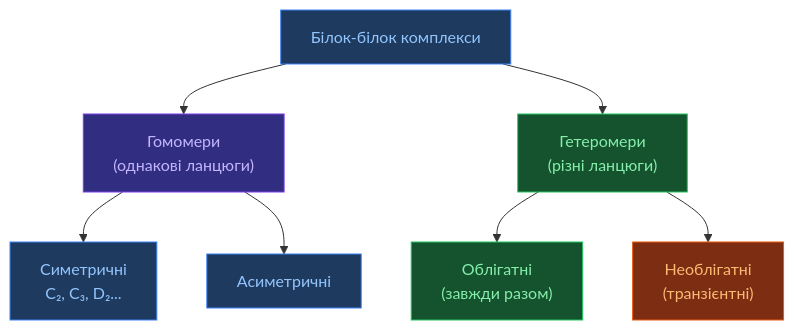
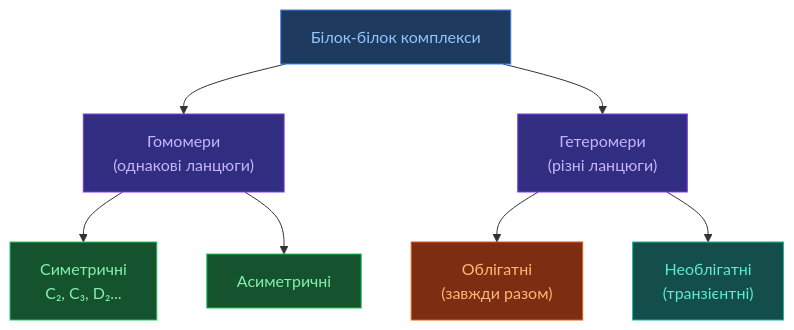
One commit to OlehVolkov/AlphaFold3-AIGen-KnowledgeBase changed the second of 2 diagrams in UA/2. Концепції/2.1. Біологія/2.1.2. Білок-білок взаємодії.md. Above: the diagram before and after it, drawn with Mermaid. The commit also changed other lines of this file and 11 other files, not shown here.

````diff
--- a/UA/2. Концепції/2.1. Біологія/2.1.2. Білок-білок взаємодії.md
+++ b/UA/2. Концепції/2.1. Біологія/2.1.2. Білок-білок взаємодії.md
@@ -50,22 +50,21 @@
 ```mermaid
 flowchart TD
-    PPI["Білок-білок комплекси"]:::root
-    HOM["Гомомери<br/>(однакові ланцюги)"]:::hom
-    HET["Гетеромери<br/>(різні ланцюги)"]:::het
-    SYM["Симетричні<br/>C₂, C₃, D₂..."]:::sym
-    ASYM["Асиметричні"]:::asym
-    OBL["Облігатні<br/>(завжди разом)"]:::obl
-    NON["Необлігатні<br/>(транзієнтні)"]:::non
+    PPI["Білок-білок комплекси"]:::input
+    HOM["Гомомери<br/>(однакові ланцюги)"]:::trunk
+    HET["Гетеромери<br/>(різні ланцюги)"]:::trunk
+    SYM["Симетричні<br/>C₂, C₃, D₂..."]:::diffusion
+    ASYM["Асиметричні"]:::diffusion
+    OBL["Облігатні<br/>(завжди разом)"]:::confidence
+    NON["Необлігатні<br/>(транзієнтні)"]:::output
 
     PPI --> HOM & HET
     HOM --> SYM & ASYM
     HET --> OBL & NON
 
-    classDef root fill:#1e3a5f,stroke:#3b82f6,color:#93c5fd
-    classDef hom  fill:#312e81,stroke:#7c3aed,color:#c4b5fd
-    classDef het  fill:#14532d,stroke:#22c55e,color:#86efac
-    classDef sym  fill:#1e3a5f,stroke:#3b82f6,color:#93c5fd
-    classDef asym fill:#1e3a5f,stroke:#3b82f6,color:#93c5fd
-    classDef obl  fill:#14532d,stroke:#22c55e,color:#86efac
-    classDef non  fill:#7c2d12,stroke:#ea580c,color:#fdba74
+    classDef input fill:#1e3a5f,stroke:#3b82f6,color:#93c5fd
+    classDef trunk fill:#312e81,stroke:#7c3aed,color:#c4b5fd
+    classDef diffusion fill:#14532d,stroke:#22c55e,color:#86efac
+    classDef confidence fill:#7c2d12,stroke:#ea580c,color:#fdba74
+    classDef output fill:#134e4a,stroke:#14b8a6,color:#5eead4
+    classDef neutral fill:#1e293b,stroke:#475569,color:#94a3b8
 ```
````
